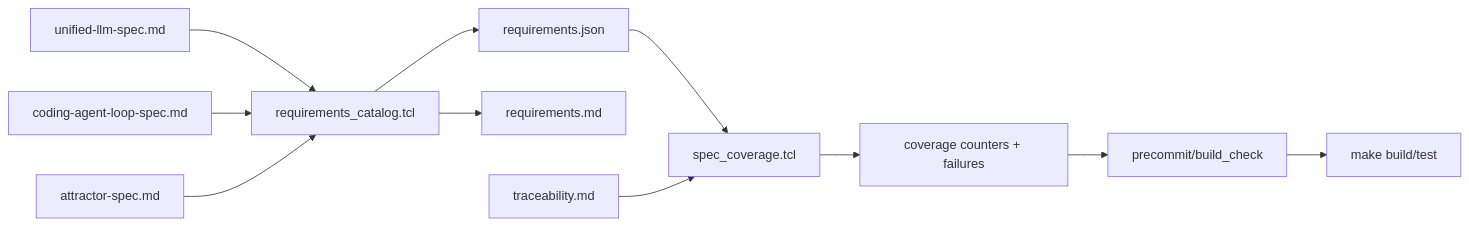
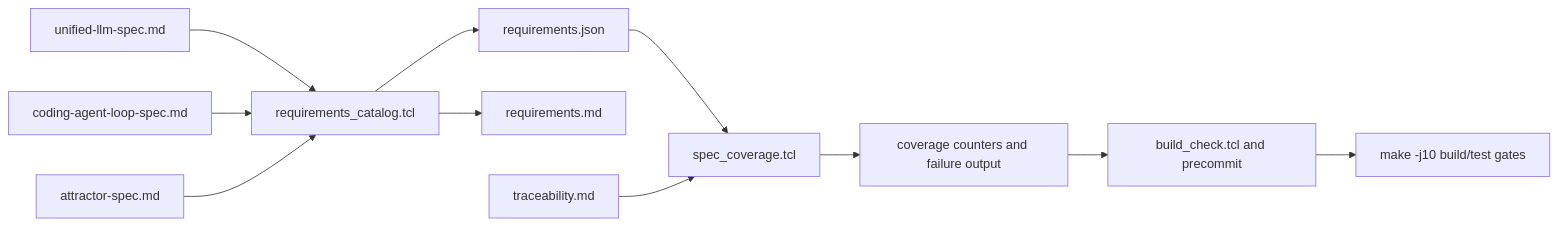
Before and after one commit to jaytaylor/attractor-tcl: the fourth of 5 diagrams in docs/sprints/SPRINT-002-implementation-plan.md, drawn with Mermaid. The commit also changed other lines of this file, not shown here.

````diff
--- a/docs/sprints/SPRINT-002-implementation-plan.md
+++ b/docs/sprints/SPRINT-002-implementation-plan.md
@@ -583,13 +591,13 @@
 ```mermaid
 flowchart LR
-  S1[unified-llm-spec.md] --> RC[requirements_catalog.tcl]
-  S2[coding-agent-loop-spec.md] --> RC
-  S3[attractor-spec.md] --> RC
-  RC --> RJSON[requirements.json]
-  RC --> RMD[requirements.md]
-  RJSON --> SC[spec_coverage.tcl]
-  TMD[traceability.md] --> SC
-  SC --> REPORT[coverage counters + failures]
-  REPORT --> PRE[precommit/build_check]
-  PRE --> GATES[make build/test]
+  U[unified-llm-spec.md] --> RC[requirements_catalog.tcl]
+  C[coding-agent-loop-spec.md] --> RC
+  A[attractor-spec.md] --> RC
+  RC --> RJ[requirements.json]
+  RC --> RM[requirements.md]
+  RJ --> SC[spec_coverage.tcl]
+  T[traceability.md] --> SC
+  SC --> R[coverage counters and failure output]
+  R --> B[build_check.tcl and precommit]
+  B --> G[make -j10 build/test gates]
 ```
````
